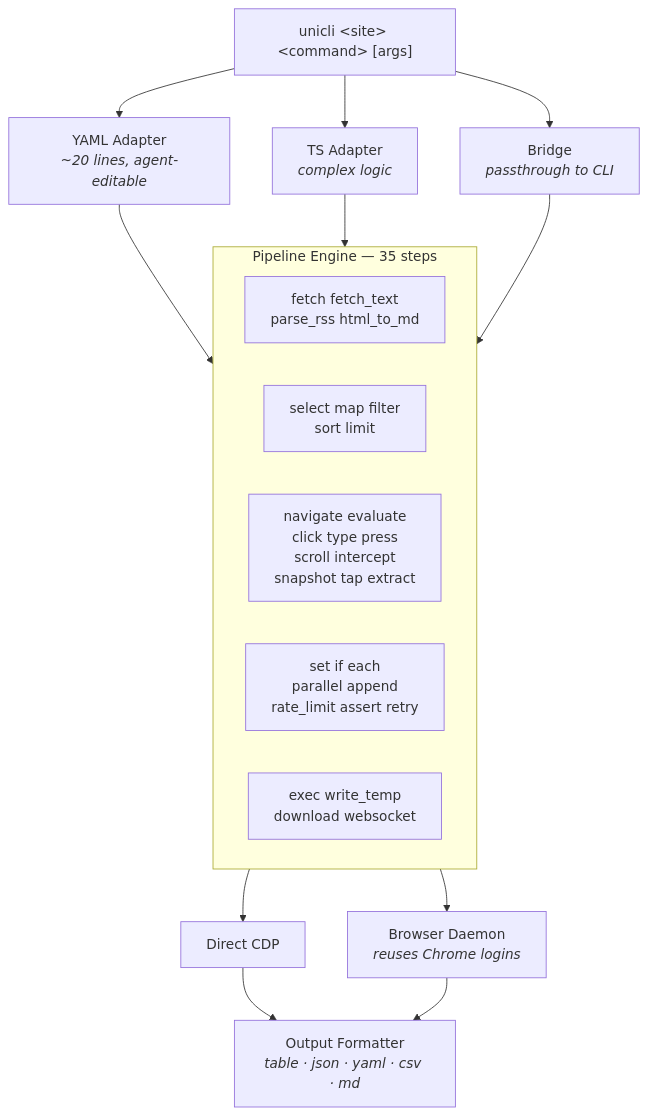
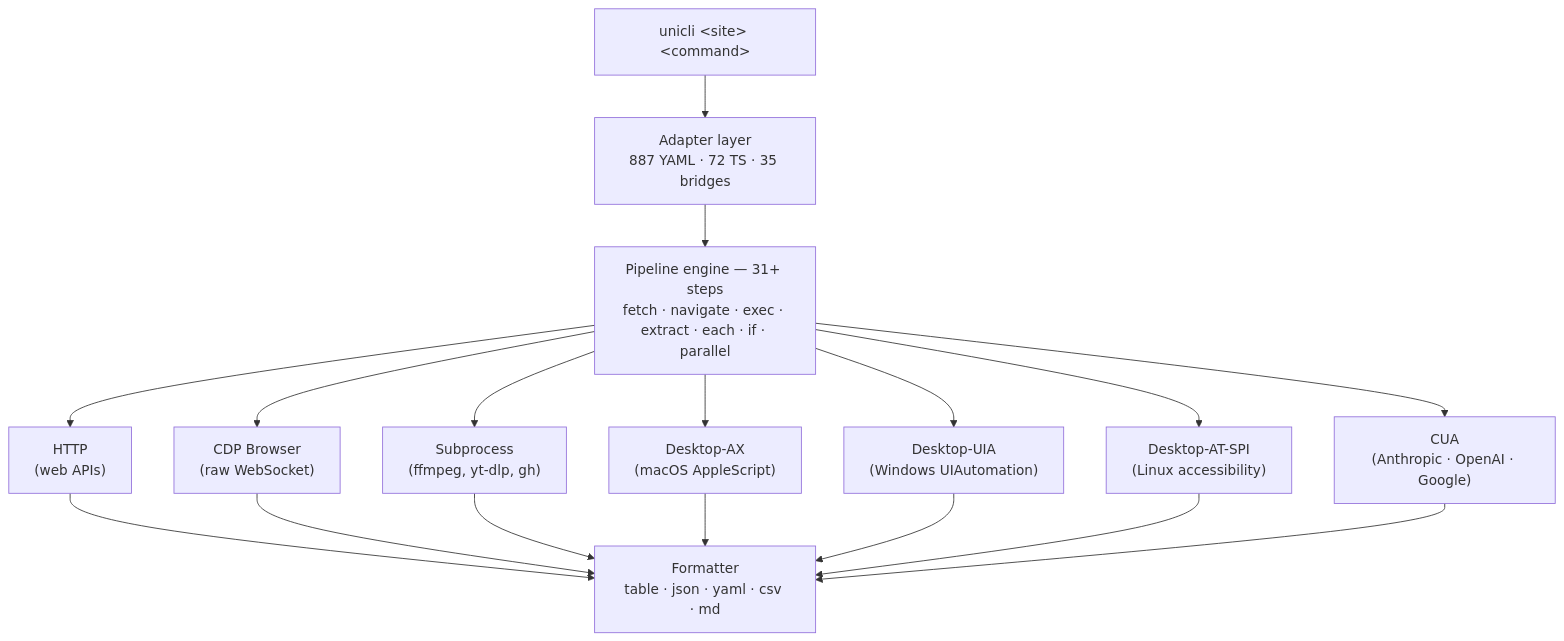
One commit to olo-dot-io/Uni-CLI changed the diagram in README.md. Above: the diagram before and after it, drawn with Mermaid. The commit also changed other lines of this file, not shown here.

First line of the commit message:
docs(readme): v0.212 full rewrite — tagline + architecture + integration

````diff
--- a/README.md
+++ b/README.md
@@ -1339,27 +79,24 @@
 ```mermaid
 graph TB
-    CMD["unicli &lt;site&gt; &lt;command&gt; [args]"]
+    CMD["unicli &lt;site&gt; &lt;command&gt;"]
 
-    CMD --> YAML["YAML Adapter<br/><i>~20 lines, agent-editable</i>"]
-    CMD --> TS["TS Adapter<br/><i>complex logic</i>"]
-    CMD --> BRIDGE["Bridge<br/><i>passthrough to CLI</i>"]
+    CMD --> ADAPT["Adapter layer<br/>887 YAML · 72 TS · 35 bridges"]
 
-    YAML --> ENGINE
-    TS --> ENGINE
-    BRIDGE --> ENGINE
+    ADAPT --> ENGINE["Pipeline engine — <!-- STATS:pipeline_step_count -->31<!-- /STATS -->+ steps<br/>fetch · navigate · exec · extract · each · if · parallel"]
 
-    subgraph ENGINE ["Pipeline Engine — 35 steps"]
-        direction LR
-        API["fetch  fetch_text<br/>parse_rss  html_to_md"]
-        TRANSFORM["select  map  filter<br/>sort  limit"]
-        BROWSER["navigate  evaluate<br/>click  type  press<br/>scroll  intercept<br/>snapshot  tap  extract"]
-        CONTROL["set  if  each<br/>parallel  append<br/>rate_limit  assert  retry"]
-        OTHER["exec  write_temp<br/>download  websocket"]
-    end
+    ENGINE --> T1["HTTP<br/>(web APIs)"]
+    ENGINE --> T2["CDP Browser<br/>(raw WebSocket)"]
+    ENGINE --> T3["Subprocess<br/>(ffmpeg, yt-dlp, gh)"]
+    ENGINE --> T4["Desktop-AX<br/>(macOS AppleScript)"]
+    ENGINE --> T5["Desktop-UIA<br/>(Windows UIAutomation)"]
+    ENGINE --> T6["Desktop-AT-SPI<br/>(Linux accessibility)"]
+    ENGINE --> T7["CUA<br/>(Anthropic · OpenAI · Google)"]
 
-    ENGINE --> CDP["Direct CDP"]
-    ENGINE --> DAEMON["Browser Daemon<br/><i>reuses Chrome logins</i>"]
-
-    CDP --> OUT["Output Formatter<br/><i>table · json · yaml · csv · md</i>"]
-    DAEMON --> OUT
+    T1 --> OUT["Formatter<br/>table · json · yaml · csv · md"]
+    T2 --> OUT
+    T3 --> OUT
+    T4 --> OUT
+    T5 --> OUT
+    T6 --> OUT
+    T7 --> OUT
 ```
````
